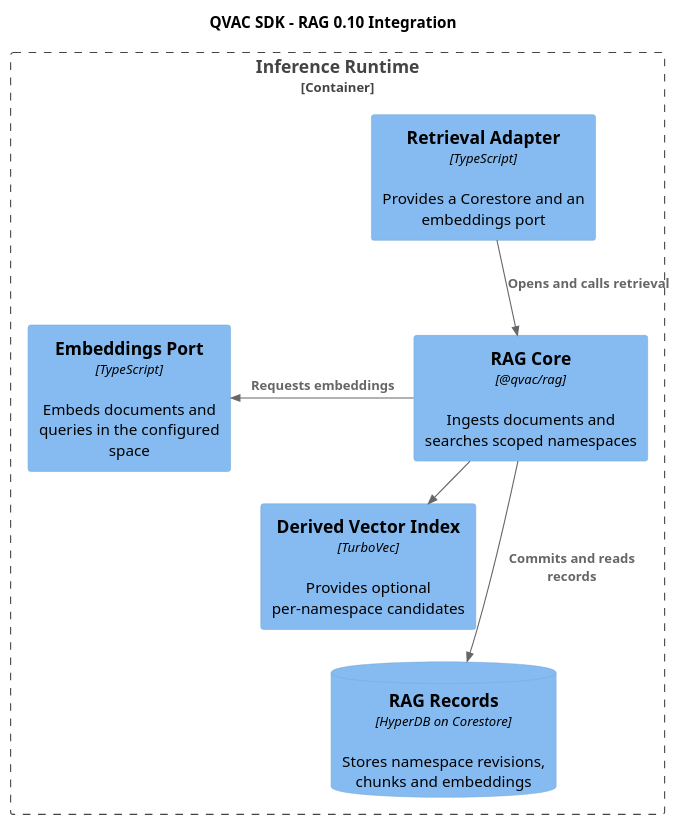
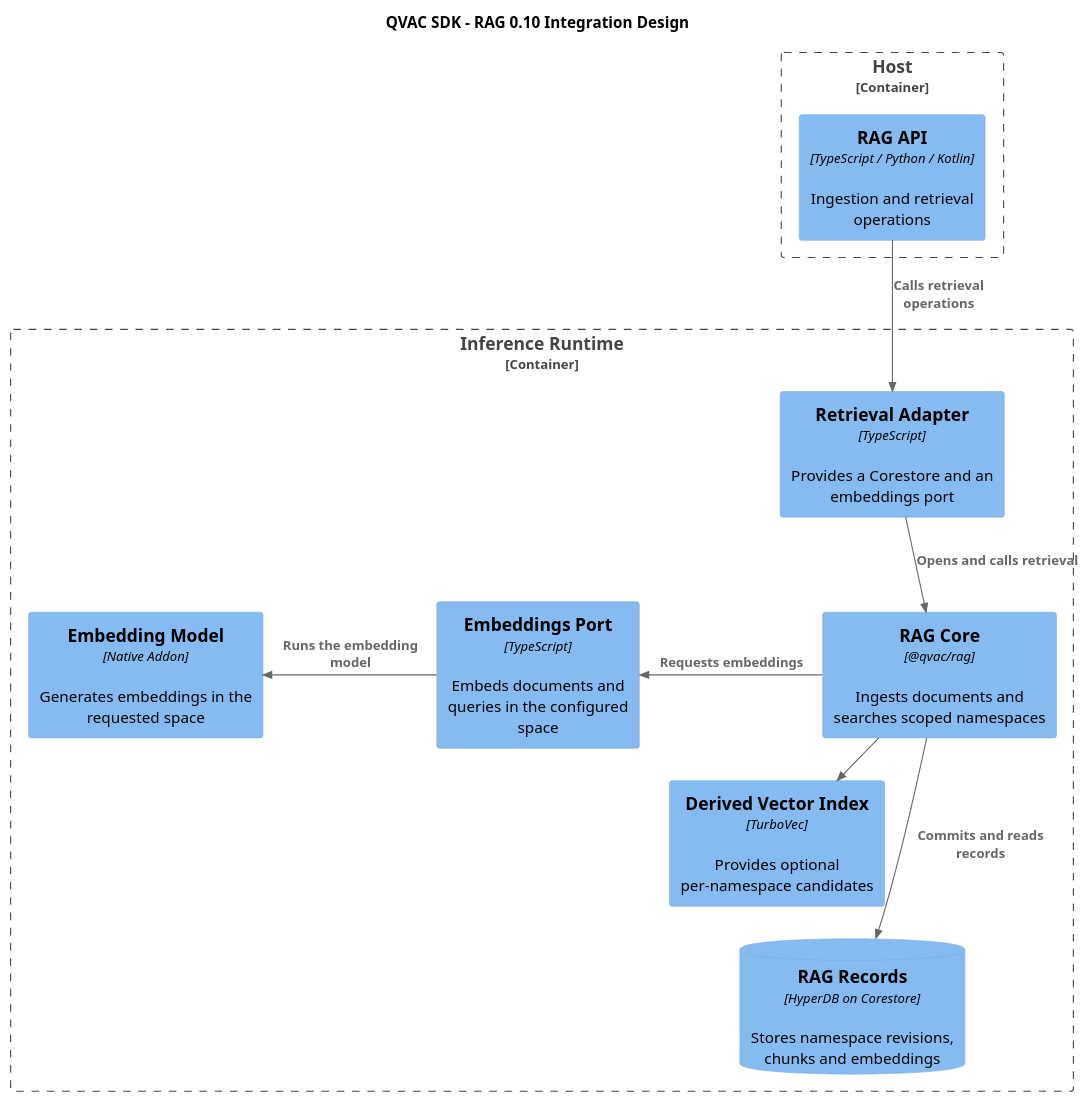
One commit to tetherto/qvac changed the diagram in docs/architecture/puml/10-rag-components.puml. Above: the diagram before and after it, drawn with PlantUML. The commit also changed 16 other files, not shown here.

Commit message:
doc[notask]: limit SDK diagram updates to architecture changes

```diff
--- a/docs/architecture/puml/10-rag-components.puml
+++ b/docs/architecture/puml/10-rag-components.puml
@@ -1,21 +1,28 @@
 @startuml
 !include <C4/C4_Component>
 HIDE_STEREOTYPE()
 
-title QVAC SDK - RAG 0.10 Integration
+title QVAC SDK - RAG 0.10 Integration Design
+
+Container_Boundary(host, "Host") {
+    Component(rag_api, "RAG API", "TypeScript / Python / Kotlin", "Ingestion and retrieval operations")
+}
 
 Container_Boundary(engine, "Inference Runtime") {
     Component(adapter, "Retrieval Adapter", "TypeScript", "Provides a Corestore and an embeddings port")
     Component(embeddings, "Embeddings Port", "TypeScript", "Embeds documents and queries in the configured space")
+    Component(embed, "Embedding Model", "Native Addon", "Generates embeddings in the requested space")
     Component(rag, "RAG Core", "@qvac/rag", "Ingests documents and searches scoped namespaces")
     Component(index, "Derived Vector Index", "TurboVec", "Provides optional per-namespace candidates")
     ComponentDb(hyperdb, "RAG Records", "HyperDB on Corestore", "Stores namespace revisions, chunks and embeddings")
 }
 
+Rel_D(rag_api, adapter, "Calls retrieval operations")
 Rel_D(adapter, rag, "Opens and calls retrieval")
 Rel_L(rag, embeddings, "Requests embeddings")
+Rel_L(embeddings, embed, "Runs the embedding model")
 Rel_D(rag, hyperdb, "Commits and reads records")
 Rel_R(rag, index, "Refreshes and searches candidate index")
 
 Lay_L(hyperdb, index)
 @enduml
```
